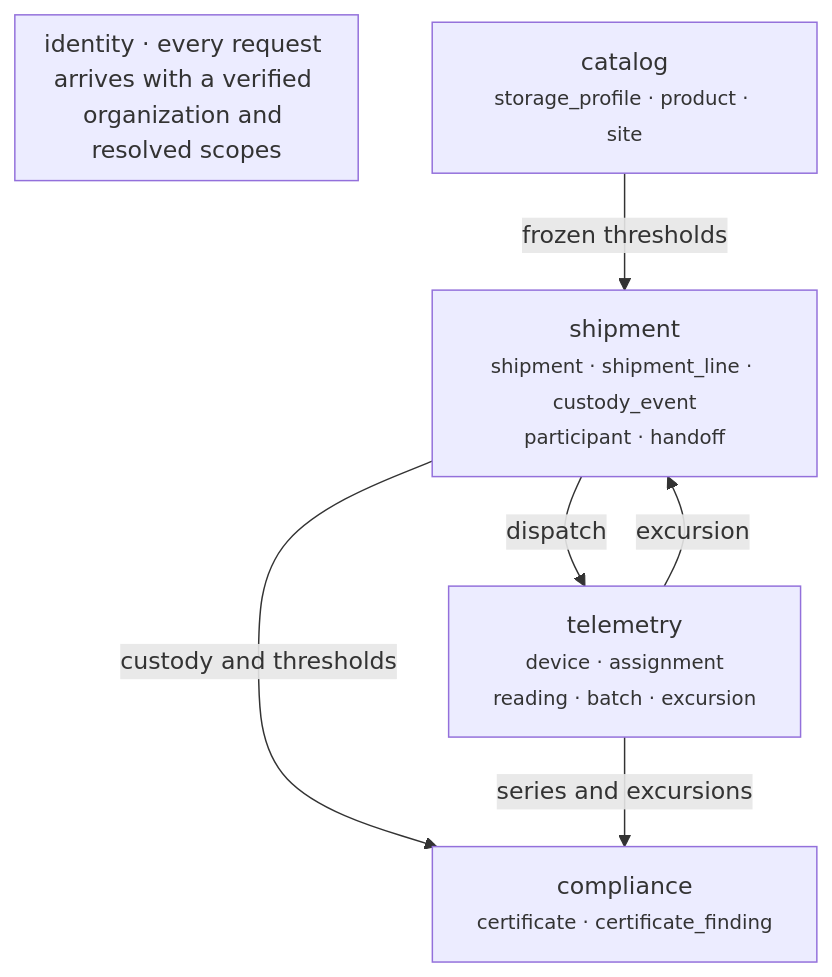
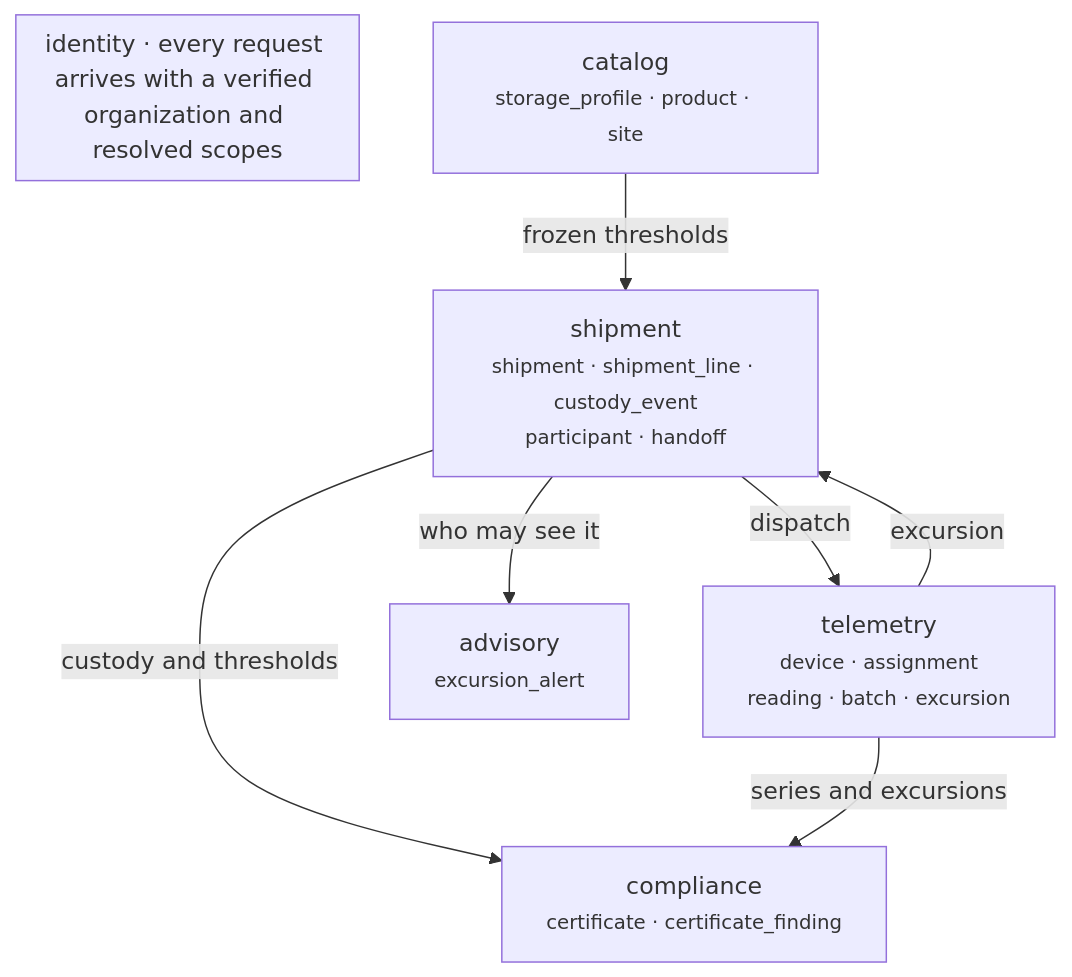
The first of 8 diagrams in docs/specification.md (jorge-lherrera/coldchain-api), drawn with Mermaid before and after one commit. The commit also changed other lines of this file and 6 other files, not shown here.

````diff
--- a/docs/specification.md
+++ b/docs/specification.md
@@ -26,15 +26,17 @@
 ```mermaid
 flowchart TB
   subgraph base["identity · every request arrives with a verified organization and resolved scopes"]
   end
   catalog["catalog<br/><small>storage_profile · product · site</small>"]
   shipment["shipment<br/><small>shipment · shipment_line · custody_event<br/>participant · handoff</small>"]
   telemetry["telemetry<br/><small>device · assignment<br/>reading · batch · excursion</small>"]
   compliance["compliance<br/><small>certificate · certificate_finding</small>"]
+  advisory["advisory<br/><small>excursion_alert</small>"]
 
   catalog -- "frozen thresholds" --> shipment
   shipment -- "dispatch" --> telemetry
   telemetry -- "excursion" --> shipment
   shipment -- "custody and thresholds" --> compliance
   telemetry -- "series and excursions" --> compliance
+  shipment -- "who may see it" --> advisory
 ```
````
